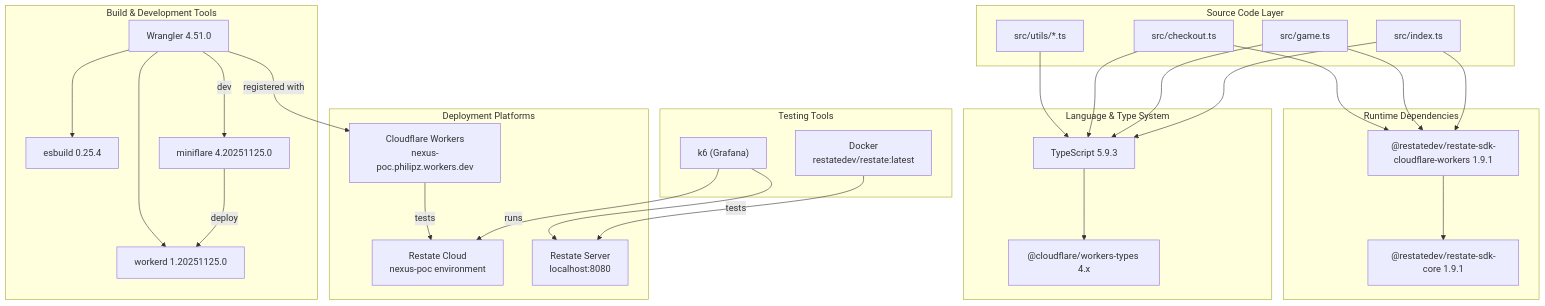
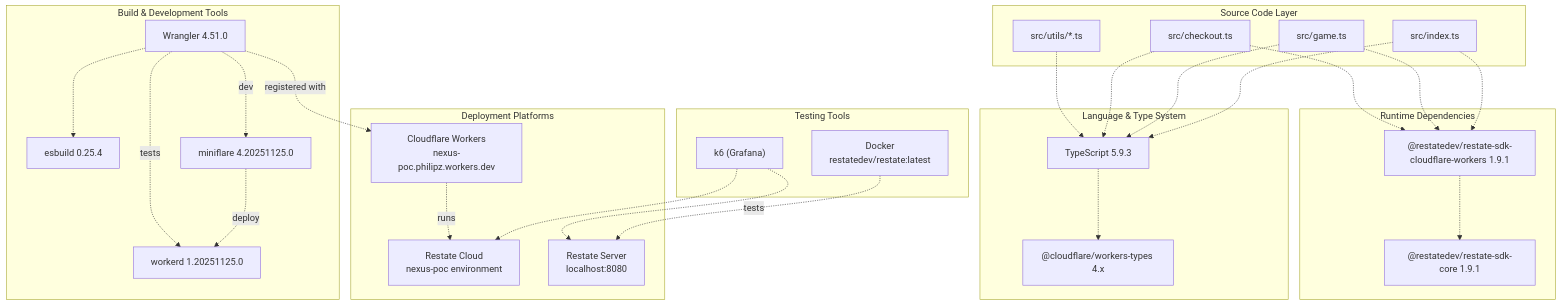
One commit to philipz/restate-cloudflare-workers-poc changed the third of 3 diagrams in docs/deepwiki/Technology-Stack.md. Above: the diagram before and after it, drawn with Mermaid. The commit also changed other lines of this file and 27 other files, not shown here.

````diff
--- a/docs/deepwiki/Technology-Stack.md
+++ b/docs/deepwiki/Technology-Stack.md
@@ -332,75 +332,75 @@
 ```mermaid
 flowchart TD
 
 SrcIndex["src/index.ts"]
 SrcGame["src/game.ts"]
 SrcCheckout["src/checkout.ts"]
 SrcUtils["src/utils/*.ts"]
 TS["TypeScript 5.9.3"]
 WorkersTypes["@cloudflare/workers-types 4.x"]
 RestateSDK["@restatedev/restate-sdk-cloudflare-workers 1.9.1"]
 RestateCore["@restatedev/restate-sdk-core 1.9.1"]
 Wrangler["Wrangler 4.51.0"]
 ESBuild["esbuild 0.25.4"]
 Miniflare["miniflare 4.20251125.0"]
 Workerd["workerd 1.20251125.0"]
 K6["k6 (Grafana)"]
 Docker["Docker<br>restatedev/restate:latest"]
 CFWorkers["Cloudflare Workers<br>nexus-poc.philipz.workers.dev"]
 RestateCloud["Restate Cloud<br>nexus-poc environment"]
 RestateLocal["Restate Server<br>localhost:8080"]
 
-SrcIndex --> TS
-SrcGame --> TS
-SrcCheckout --> TS
-SrcUtils --> TS
-SrcIndex --> RestateSDK
-SrcGame --> RestateSDK
-SrcCheckout --> RestateSDK
-Wrangler -->|"registered with"| CFWorkers
-Docker -->|"tests"| RestateLocal
-K6 -->|"runs"| RestateCloud
-K6 --> RestateLocal
+SrcIndex -.-> TS
+SrcGame -.-> TS
+SrcCheckout -.-> TS
+SrcUtils -.-> TS
+SrcIndex -.-> RestateSDK
+SrcGame -.-> RestateSDK
+SrcCheckout -.-> RestateSDK
+Wrangler -.->|"registered with"| CFWorkers
+Docker -.->|"tests"| RestateLocal
+K6 -.-> RestateCloud
+K6 -.-> RestateLocal
 
 subgraph subGraph5 ["Deployment Platforms"]
     CFWorkers
     RestateCloud
     RestateLocal
-    CFWorkers -->|"tests"| RestateCloud
+    CFWorkers -.->|"runs"| RestateCloud
 end
 
 subgraph subGraph4 ["Testing Tools"]
     K6
     Docker
 end
 
 subgraph subGraph3 ["Build & Development Tools"]
     Wrangler
     ESBuild
     Miniflare
     Workerd
-    Wrangler --> ESBuild
-    Wrangler -->|"dev"| Miniflare
-    Miniflare -->|"deploy"| Workerd
-    Wrangler --> Workerd
+    Wrangler -.-> ESBuild
+    Wrangler -.->|"dev"| Miniflare
+    Miniflare -.->|"deploy"| Workerd
+    Wrangler -.->|"tests"| Workerd
 end
 
 subgraph subGraph2 ["Runtime Dependencies"]
     RestateSDK
     RestateCore
-    RestateSDK --> RestateCore
+    RestateSDK -.-> RestateCore
 end
 
 subgraph subGraph1 ["Language & Type System"]
     TS
     WorkersTypes
-    TS --> WorkersTypes
+    TS -.-> WorkersTypes
 end
 
 subgraph subGraph0 ["Source Code Layer"]
     SrcIndex
     SrcGame
     SrcCheckout
     SrcUtils
 end
 ```
````
